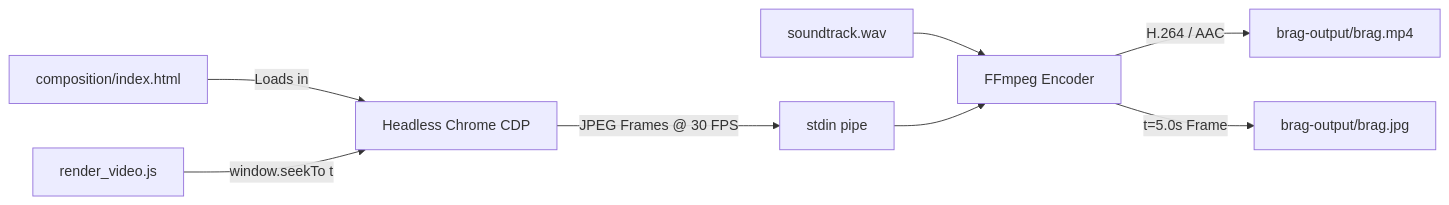
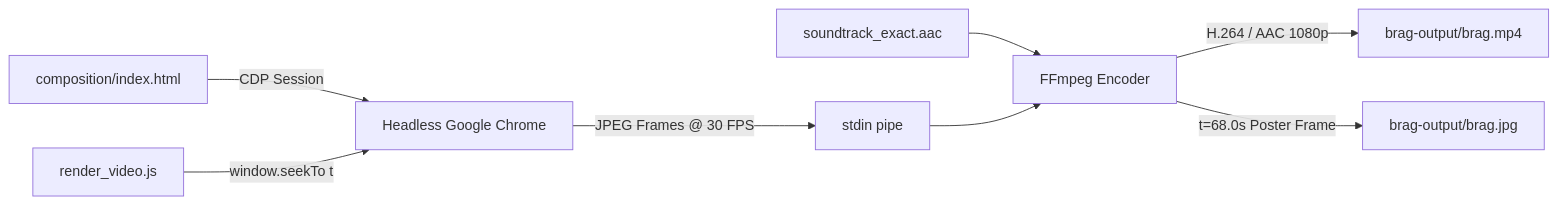
One commit to MdKasif0/iWriteTech-Video changed the diagram in README.md. Above: the diagram before and after it, drawn with Mermaid. The commit also changed other lines of this file, not shown here.

````diff
--- a/README.md
+++ b/README.md
@@ -90,10 +77,10 @@
 ```mermaid
 graph LR
-    HTML[composition/index.html] -->|Loads in| Chrome[Headless Chrome CDP]
+    HTML[composition/index.html] -->|CDP Session| Chrome[Headless Google Chrome]
     Script[render_video.js] -->|window.seekTo t | Chrome
     Chrome -->|JPEG Frames @ 30 FPS| Pipe[stdin pipe]
-    Audio[soundtrack.wav] --> FFmpeg[FFmpeg Encoder]
+    Audio[soundtrack_exact.aac] --> FFmpeg[FFmpeg Encoder]
     Pipe --> FFmpeg
-    FFmpeg -->|H.264 / AAC| MP4[brag-output/brag.mp4]
-    FFmpeg -->|t=5.0s Frame| Poster[brag-output/brag.jpg]
+    FFmpeg -->|H.264 / AAC 1080p| MP4[brag-output/brag.mp4]
+    FFmpeg -->|t=68.0s Poster Frame| Poster[brag-output/brag.jpg]
 ```
````
